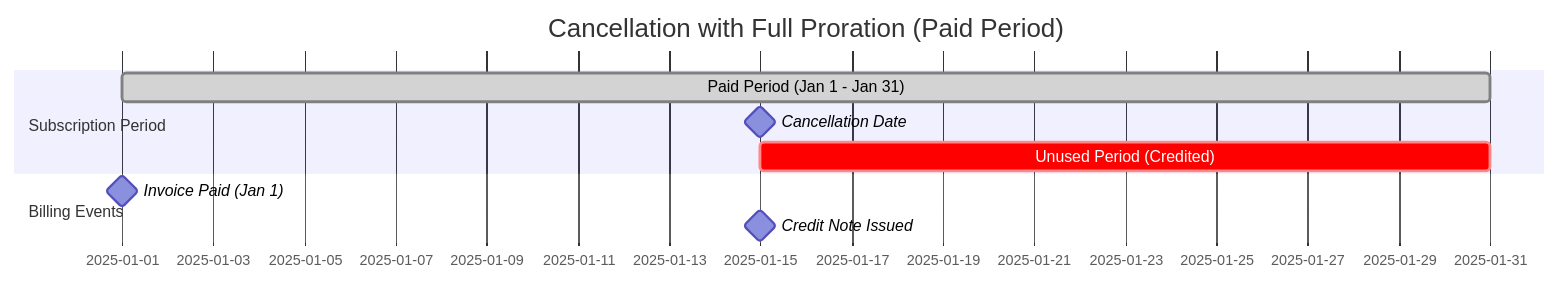
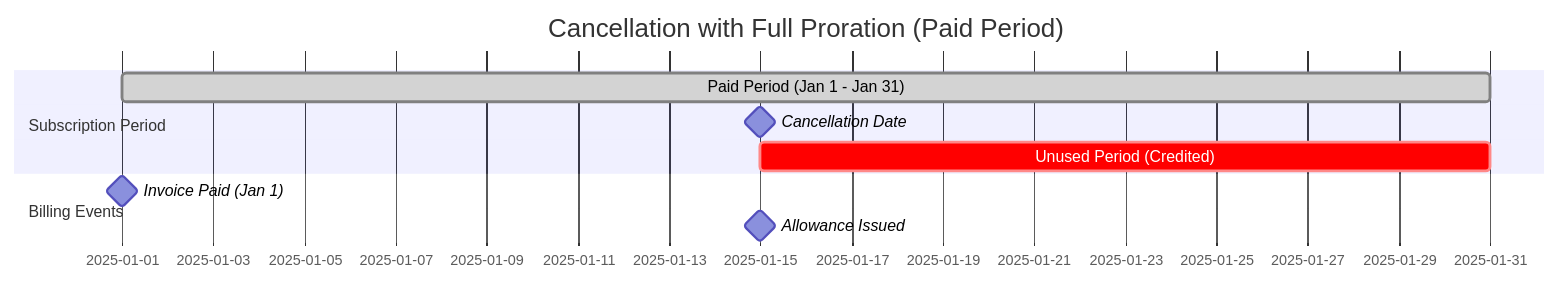
The first of 4 diagrams in source/billing/proration-policies.rst (infosoftas/info-subscription-doc), drawn with Mermaid before and after one commit. The commit also changed other lines of this file, not shown here.

Commit message:
Fix terminology consistency in proration diagrams

```diff
--- a/source/billing/proration-policies.rst
+++ b/source/billing/proration-policies.rst
@@ -64,12 +64,12 @@
 .. mermaid::
 
     gantt
         title Cancellation with Full Proration (Paid Period)
         dateFormat  YYYY-MM-DD
         section Subscription Period
             Paid Period (Jan 1 - Jan 31)   :done, period, 2025-01-01, 30d
             Cancellation Date   :milestone, cancel, 2025-01-15, 0d
             Unused Period (Credited)   :crit, unused, 2025-01-15, 16d
         section Billing Events
             Invoice Paid (Jan 1)   :milestone, paid, 2025-01-01, 0d
-            Credit Note Issued   :milestone, credit, 2025-01-15, 0d
+            Allowance Issued   :milestone, credit, 2025-01-15, 0d
```
